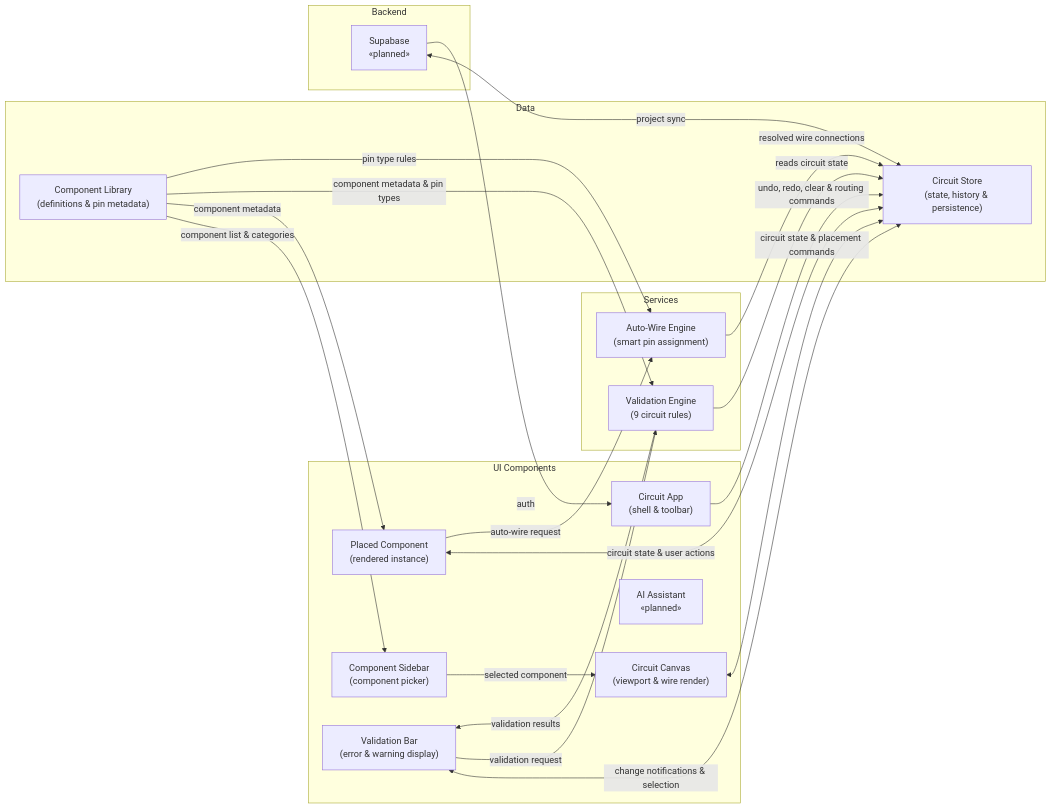
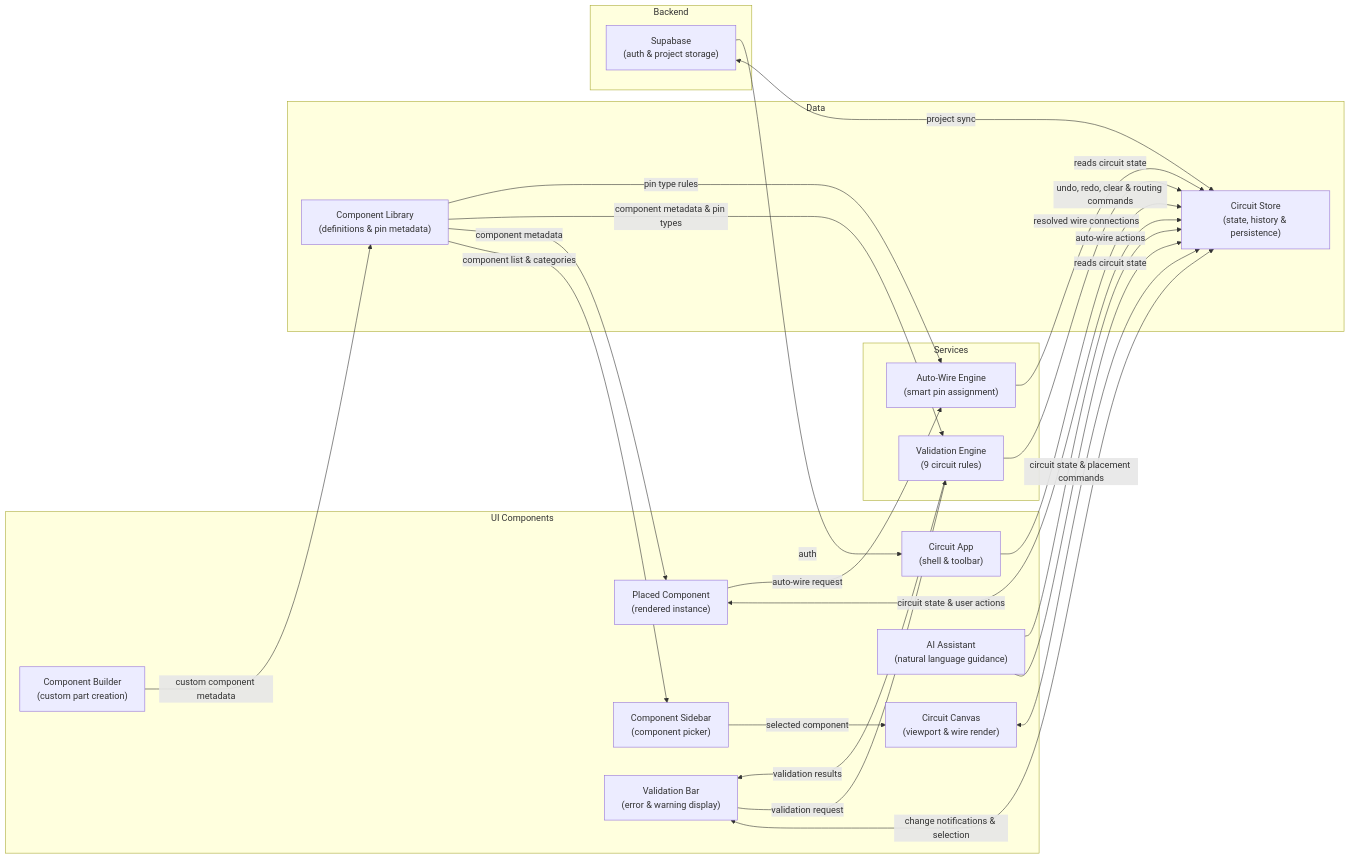
The first of 5 diagrams in report/diagram_architecture_and_erd_v4.md (Ainmimdal/circuitsense), drawn with Mermaid before and after one commit. The commit also changed other lines of this file and 36 other files, not shown here.

Commit message:
feat: implement auto-wire and auto-layout engines to automate component connections and canvas placement

````diff
--- a/report/diagram_architecture_and_erd_v4.md
+++ b/report/diagram_architecture_and_erd_v4.md
@@ -3,45 +3,49 @@
 ```mermaid
 flowchart LR
     subgraph UI["UI Components"]
         APP["Circuit App\n(shell & toolbar)"]
         SIDEBAR["Component Sidebar\n(component picker)"]
         CANVAS["Circuit Canvas\n(viewport & wire render)"]
         PC["Placed Component\n(rendered instance)"]
         VB["Validation Bar\n(error & warning display)"]
-        AI["AI Assistant\n&laquo;planned&raquo;"]
+        AI["AI Assistant\n(natural language guidance)"]
+        CB["Component Builder\n(custom part creation)"]
     end
 
     subgraph SVC["Services"]
         VE["Validation Engine\n(9 circuit rules)"]
         AWE["Auto-Wire Engine\n(smart pin assignment)"]
     end
 
     subgraph DATA["Data"]
         STORE["Circuit Store\n(state, history & persistence)"]
         CL["Component Library\n(definitions & pin metadata)"]
     end
 
     subgraph BACK["Backend"]
-        SUP["Supabase\n&laquo;planned&raquo;"]
+        SUP["Supabase\n(auth & project storage)"]
     end
 
     CL -->|component list & categories| SIDEBAR
     CL -->|component metadata| PC
     CL -->|component metadata & pin types| VE
     CL -->|pin type rules| AWE
 
     SIDEBAR -->|selected component| CANVAS
     CANVAS <-->|circuit state & placement commands| STORE
     PC <-->|circuit state & user actions| STORE
     PC -->|auto-wire request| AWE
     AWE -->|resolved wire connections| STORE
 
     VB <-->|change notifications & selection| STORE
     VB -->|validation request| VE
     VE -->|reads circuit state| STORE
     VE -->|validation results| VB
 
     APP -->|undo, redo, clear & routing commands| STORE
+    AI -->|reads circuit state| STORE
+    AI -->|auto-wire actions| STORE
+    CB -->|custom component metadata| CL
     SUP <-->|project sync| STORE
     SUP -->|auth| APP
 ```
````
